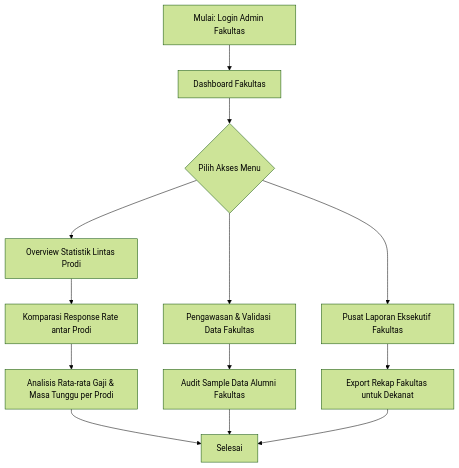
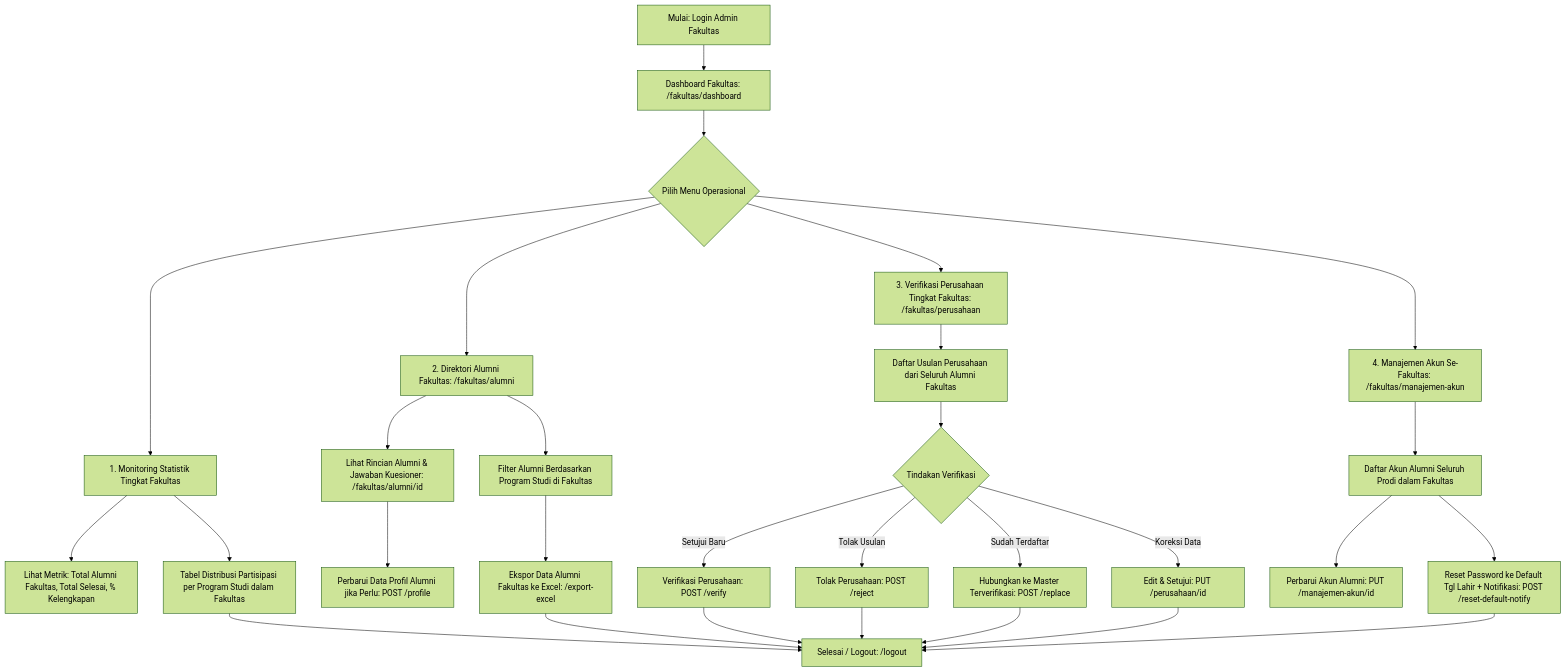
One commit to claraanjelitakd/tracer-ta changed the third of 7 diagrams in docs/user-flow.md. Above: the diagram before and after it, drawn with Mermaid (forest theme). The commit also changed other lines of this file, not shown here.

Commit message:
docs: align user flow and mermaid diagrams with actual codebase per role

````diff
--- a/docs/user-flow.md
+++ b/docs/user-flow.md
@@ -118,19 +178,36 @@
 ```mermaid
 flowchart TD
-    A[Mulai: Login Admin Fakultas] --> B[Dashboard Fakultas]
-    B --> C{Pilih Akses Menu}
+    A[Mulai: Login Admin Fakultas] --> B[Dashboard Fakultas: /fakultas/dashboard]
+    B --> C{Pilih Menu Operasional}
 
-    C --> D[Overview Statistik Lintas Prodi]
-    D --> D1[Komparasi Response Rate antar Prodi]
-    D1 --> D2[Analisis Rata-rata Gaji & Masa Tunggu per Prodi]
+    C --> D[1. Monitoring Statistik Tingkat Fakultas]
+    D --> D1[Lihat Metrik: Total Alumni Fakultas, Total Selesai, % Kelengkapan]
+    D --> D2[Tabel Distribusi Partisipasi per Program Studi dalam Fakultas]
 
-    C --> E[Pengawasan & Validasi Data Fakultas]
-    E --> E1[Audit Sample Data Alumni Fakultas]
+    C --> E[2. Direktori Alumni Fakultas: /fakultas/alumni]
+    E --> E1[Filter Alumni Berdasarkan Program Studi di Fakultas]
+    E --> E2[Lihat Rincian Alumni & Jawaban Kuesioner: /fakultas/alumni/id]
+    E2 --> E3[Perbarui Data Profil Alumni jika Perlu: POST /profile]
+    E1 --> E4[Ekspor Data Alumni Fakultas ke Excel: /export-excel]
 
-    C --> F[Pusat Laporan Eksekutif Fakultas]
-    F --> F1[Export Rekap Fakultas untuk Dekanat]
+    C --> F[3. Verifikasi Perusahaan Tingkat Fakultas: /fakultas/perusahaan]
+    F --> F1[Daftar Usulan Perusahaan dari Seluruh Alumni Fakultas]
+    F1 --> F2{Tindakan Verifikasi}
+    F2 -->|Setujui Baru| F3[Verifikasi Perusahaan: POST /verify]
+    F2 -->|Tolak Usulan| F4[Tolak Perusahaan: POST /reject]
+    F2 -->|Sudah Terdaftar| F5[Hubungkan ke Master Terverifikasi: POST /replace]
+    F2 -->|Koreksi Data| F6[Edit & Setujui: PUT /perusahaan/id]
 
-    D2 --> G[Selesai]
-    E1 --> G
-    F1 --> G
+    C --> G[4. Manajemen Akun Se-Fakultas: /fakultas/manajemen-akun]
+    G --> G1[Daftar Akun Alumni Seluruh Prodi dalam Fakultas]
+    G1 --> G2[Perbarui Akun Alumni: PUT /manajemen-akun/id]
+    G1 --> G3[Reset Password ke Default Tgl Lahir + Notifikasi: POST /reset-default-notify]
+
+    D2 --> Z[Selesai / Logout: /logout]
+    E4 --> Z
+    F3 --> Z
+    F4 --> Z
+    F5 --> Z
+    F6 --> Z
+    G3 --> Z
 ```
````
